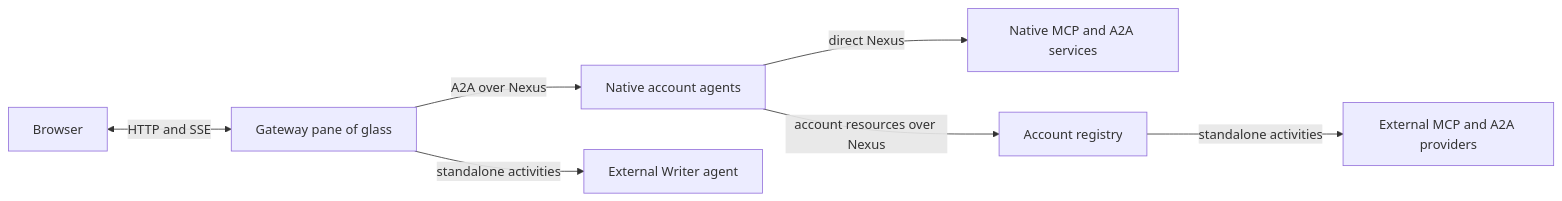
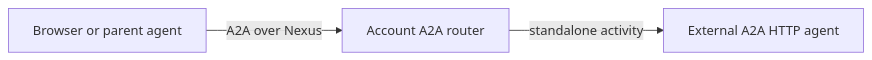
The sixth of 6 diagrams in examples/nexus_hello/README.md (temporal-community/temporal-agent-harness), drawn with Mermaid before and after one commit. The commit also changed other lines of this file and 40 other files, not shown here.

````diff
--- a/examples/nexus_hello/README.md
+++ b/examples/nexus_hello/README.md
@@ -210,9 +208,5 @@
 ```mermaid
 flowchart LR
-    Browser[Browser] <-->|HTTP and SSE| Gateway[Gateway pane of glass]
-    Gateway -->|A2A over Nexus| Agents[Native account agents]
-    Gateway -->|standalone activities| Writer[External Writer agent]
-    Agents -->|direct Nexus| Native[Native MCP and A2A services]
-    Agents -->|account resources over Nexus| Registry[Account registry]
-    Registry -->|standalone activities| External[External MCP and A2A providers]
+    Caller[Browser or parent agent] -->|A2A over Nexus| Router[Account A2A router]
+    Router -->|standalone activity| Agent[External A2A HTTP agent]
 ```
````
